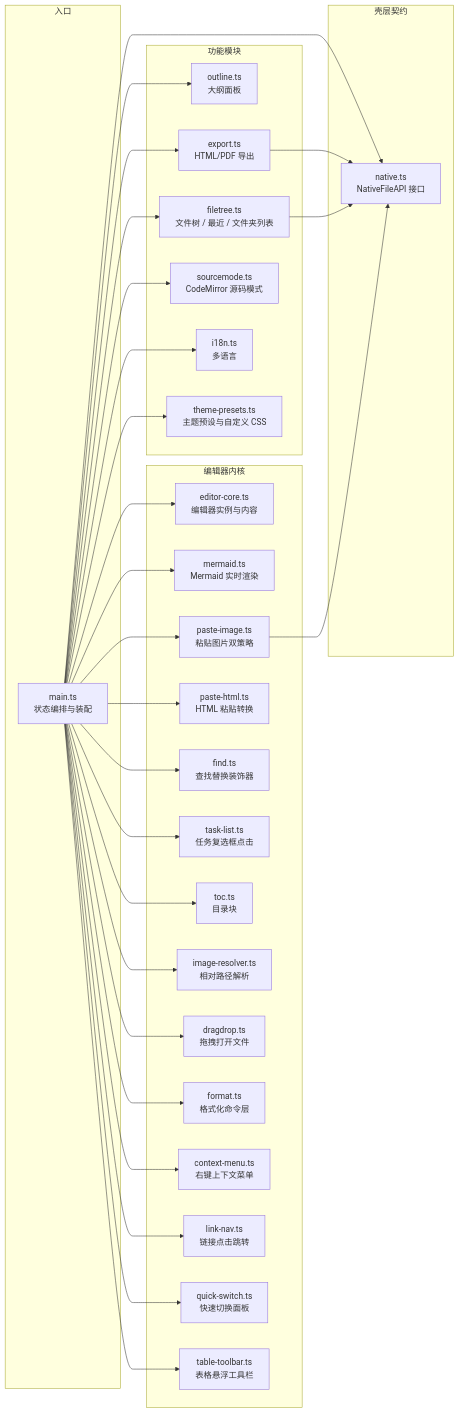
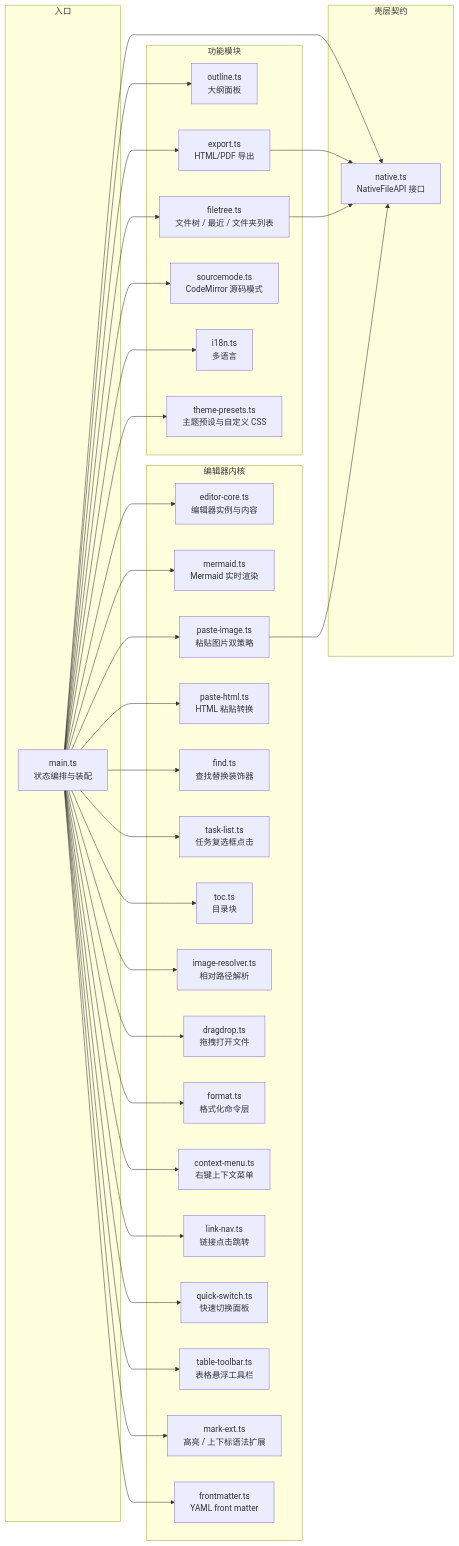
Before and after one commit to ChiangyangNPU/tmd: the third of 4 diagrams in docs/架构设计.md, drawn with Mermaid. The commit also changed other lines of this file and 22 other files, not shown here.

First line of the commit message:
feat: 语法扩展——脚注、==高亮==、^上标^/~下标~、YAML front matter（v1.2）

````diff
--- a/docs/架构设计.md
+++ b/docs/架构设计.md
@@ -85,61 +85,65 @@
 ```mermaid
 flowchart LR
     subgraph 入口
         MAIN[main.ts<br/>状态编排与装配]
     end
 
     subgraph 编辑器内核
         EDITOR[editor-core.ts<br/>编辑器实例与内容]
         MERMAID[mermaid.ts<br/>Mermaid 实时渲染]
         PASTE[paste-image.ts<br/>粘贴图片双策略]
         PASTEHTML[paste-html.ts<br/>HTML 粘贴转换]
         FIND[find.ts<br/>查找替换装饰器]
         TASK[task-list.ts<br/>任务复选框点击]
         TOC[toc.ts<br/>目录块]
         IMGRES[image-resolver.ts<br/>相对路径解析]
         DROP[dragdrop.ts<br/>拖拽打开文件]
         FMT[format.ts<br/>格式化命令层]
         CTXMENU[context-menu.ts<br/>右键上下文菜单]
         LINKNAV[link-nav.ts<br/>链接点击跳转]
         QS[quick-switch.ts<br/>快速切换面板]
         TT[table-toolbar.ts<br/>表格悬浮工具栏]
+        MARKEXT[mark-ext.ts<br/>高亮 / 上下标语法扩展]
+        FM[frontmatter.ts<br/>YAML front matter]
     end
 
     subgraph 功能模块
         OUTLINE[outline.ts<br/>大纲面板]
         TREE[filetree.ts<br/>文件树 / 最近 / 文件夹列表]
         EX[export.ts<br/>HTML/PDF 导出]
         SRC[sourcemode.ts<br/>CodeMirror 源码模式]
         I18N[i18n.ts<br/>多语言]
         THEMEPRESET[theme-presets.ts<br/>主题预设与自定义 CSS]
     end
 
     subgraph 壳层契约
         NATIVE[native.ts<br/>NativeFileAPI 接口]
     end
 
     MAIN --> EDITOR
     MAIN --> MERMAID
     MAIN --> PASTE
     MAIN --> PASTEHTML
     MAIN --> FIND
     MAIN --> TASK
     MAIN --> TOC
     MAIN --> IMGRES
     MAIN --> DROP
     MAIN --> FMT
     MAIN --> CTXMENU
     MAIN --> LINKNAV
     MAIN --> QS
     MAIN --> TT
+    MAIN --> MARKEXT
+    MAIN --> FM
     MAIN --> OUTLINE
     MAIN --> TREE
     MAIN --> EX
     MAIN --> SRC
     MAIN --> I18N
     MAIN --> THEMEPRESET
     MAIN --> NATIVE
     EX --> NATIVE
     TREE --> NATIVE
     PASTE --> NATIVE
 ```
````
